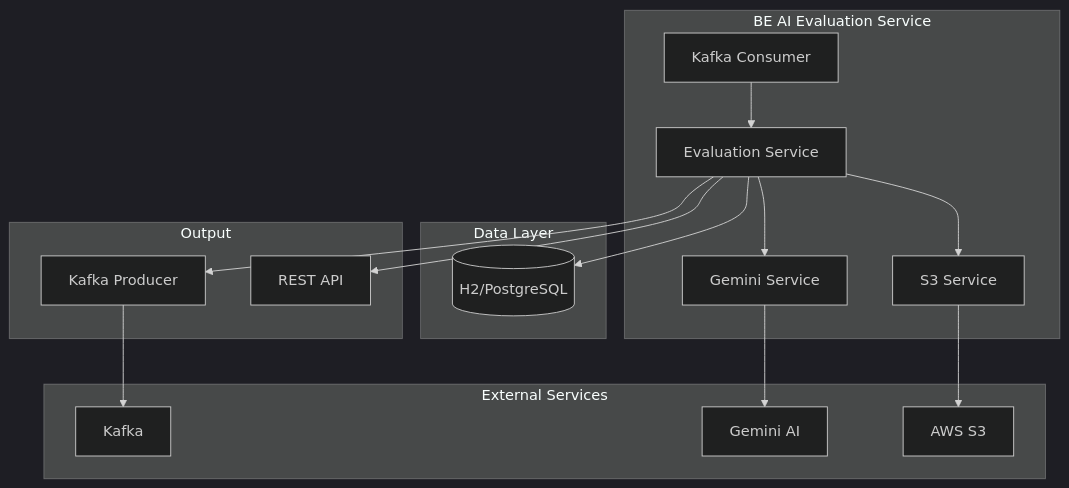
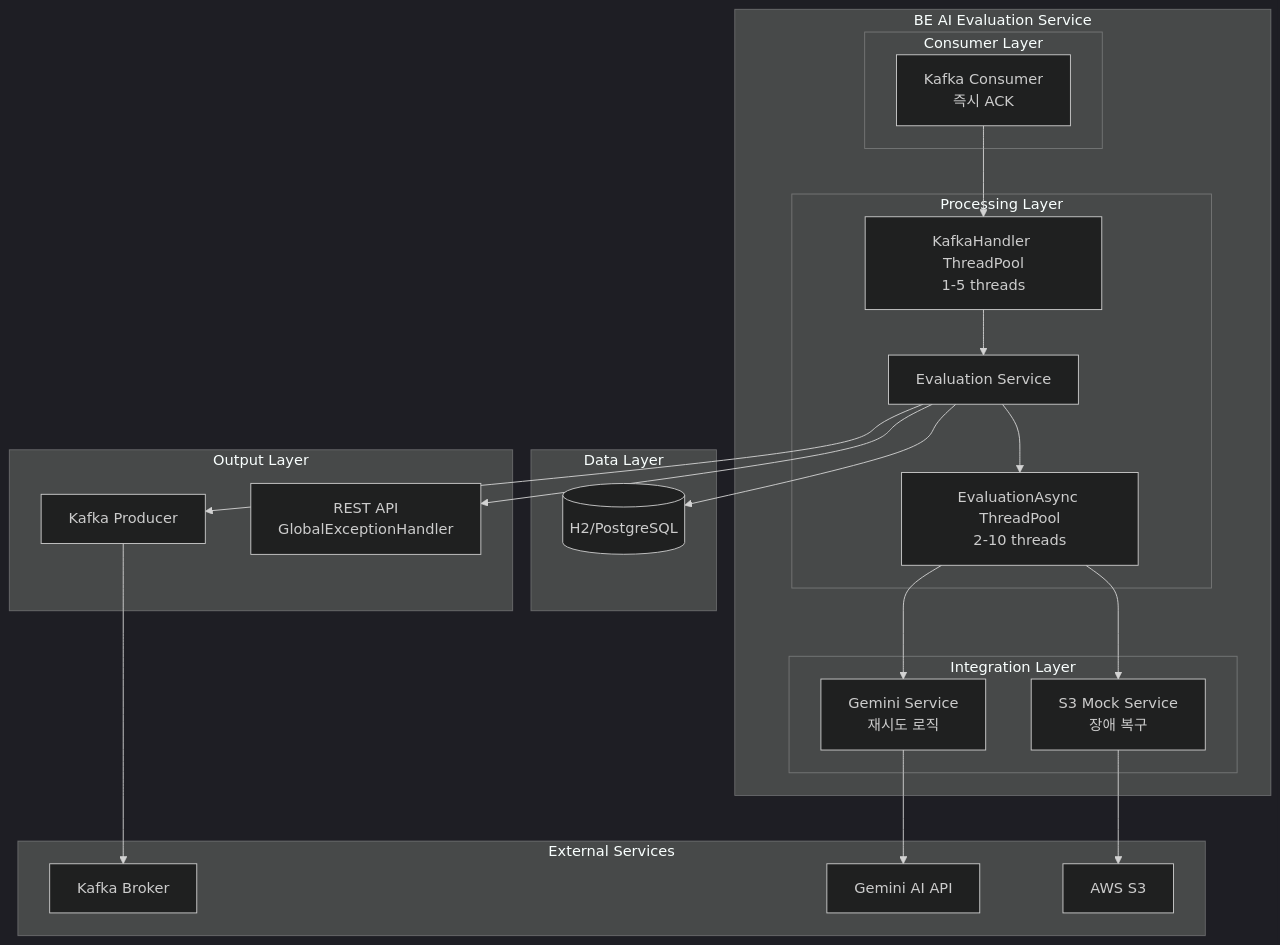
The second of 2 diagrams in README.md (KDT-Dev-Trip/BE-AIEvaluationService), drawn with Mermaid (dark theme) before and after one commit. The commit also changed other lines of this file and 31 other files, not shown here.

````diff
--- a/README.md
+++ b/README.md
@@ -121,35 +199,47 @@
 ```mermaid
 graph TB
     subgraph "External Services"
-        K[Kafka] 
-        G[Gemini AI]
+        K[Kafka Broker] 
+        G[Gemini AI API]
         S3[AWS S3]
     end
     
     subgraph "BE AI Evaluation Service"
-        KC[Kafka Consumer]
-        ES[Evaluation Service]
-        GS[Gemini Service]
-        S3S[S3 Service]
+        subgraph "Consumer Layer"
+            KC[Kafka Consumer<br/>즉시 ACK]
+        end
         
-        KC --> ES
-        ES --> GS
-        ES --> S3S
+        subgraph "Processing Layer"
+            ES[Evaluation Service]
+            TP1[EvaluationAsync ThreadPool<br/>2-10 threads]
+            TP2[KafkaHandler ThreadPool<br/>1-5 threads]
+        end
+        
+        subgraph "Integration Layer"
+            GS[Gemini Service<br/>재시도 로직]
+            S3S[S3 Mock Service<br/>장애 복구]
+        end
+        
+        KC --> TP2
+        TP2 --> ES
+        ES --> TP1
+        TP1 --> GS
+        TP1 --> S3S
         GS --> G
         S3S --> S3
     end
     
     subgraph "Data Layer"
         DB[(H2/PostgreSQL)]
         ES --> DB
     end
     
-    subgraph "Output"
+    subgraph "Output Layer"
         KP[Kafka Producer]
-        API[REST API]
+        API[REST API<br/>GlobalExceptionHandler]
         
         ES --> KP
         ES --> API
         KP --> K
     end
 ```
````
